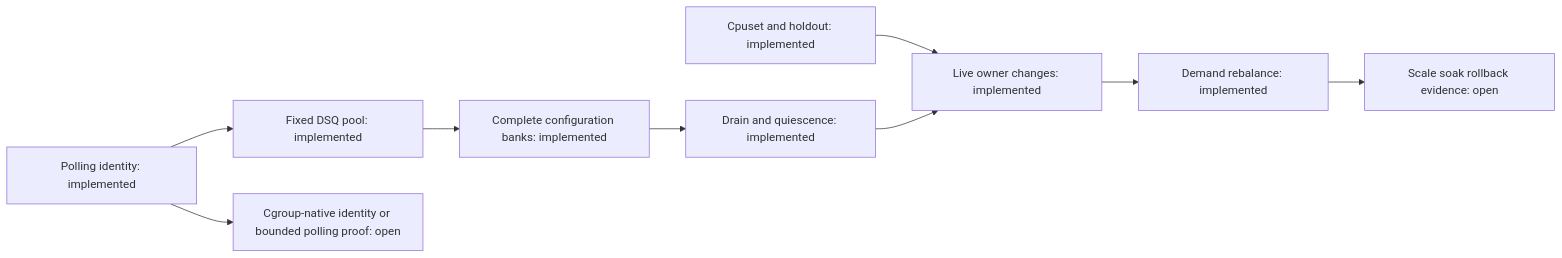
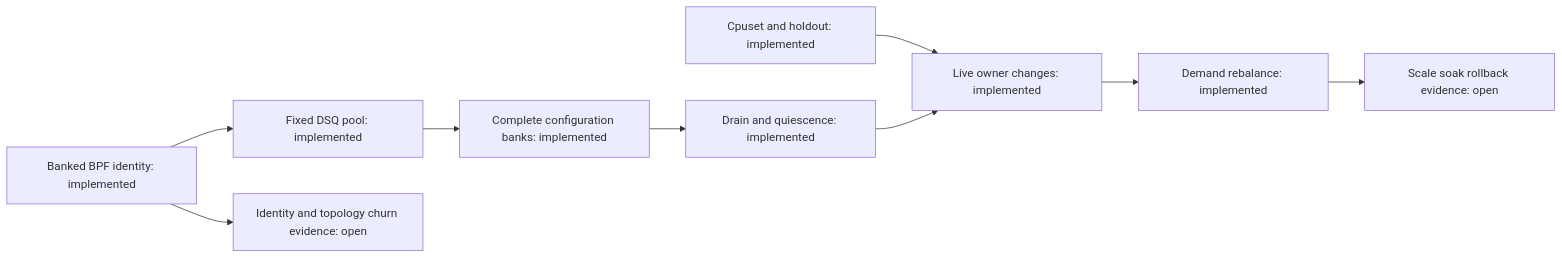
One commit to tommy-u/scx changed the diagram in scheds/rust/scx_snake/docs/snake-review/scheduler-prior-art.md. Above: the diagram before and after it, drawn with Mermaid. The commit also changed other lines of this file and 24 other files, not shown here.

````diff
--- a/scheds/rust/scx_snake/docs/snake-review/scheduler-prior-art.md
+++ b/scheds/rust/scx_snake/docs/snake-review/scheduler-prior-art.md
@@ -221,11 +223,11 @@
 ```mermaid
 flowchart LR
-    A[Polling identity: implemented] --> B[Fixed DSQ pool: implemented]
+    A[Banked BPF identity: implemented] --> B[Fixed DSQ pool: implemented]
     B --> C[Complete configuration banks: implemented]
     P[Cpuset and holdout: implemented] --> D[Live owner changes: implemented]
     C --> E[Drain and quiescence: implemented]
     E --> D
     D --> F[Demand rebalance: implemented]
     F --> G[Scale soak rollback evidence: open]
-    A --> H[Cgroup-native identity or bounded polling proof: open]
+    A --> H[Identity and topology churn evidence: open]
 ```
````
